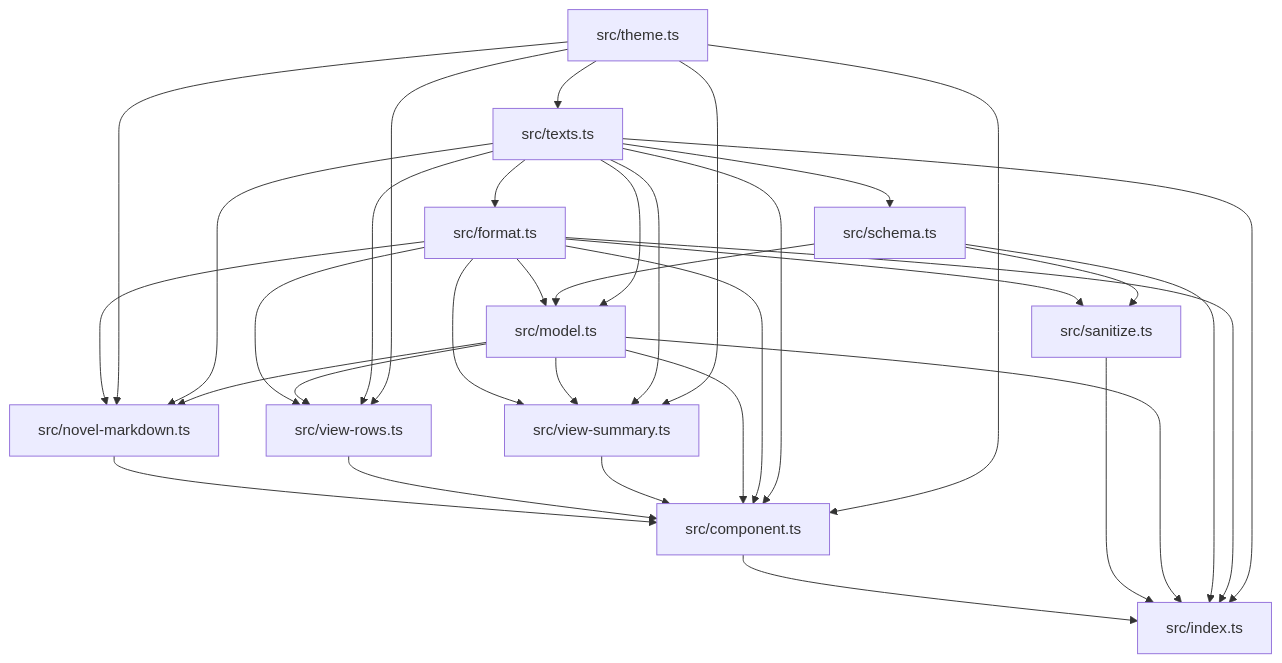
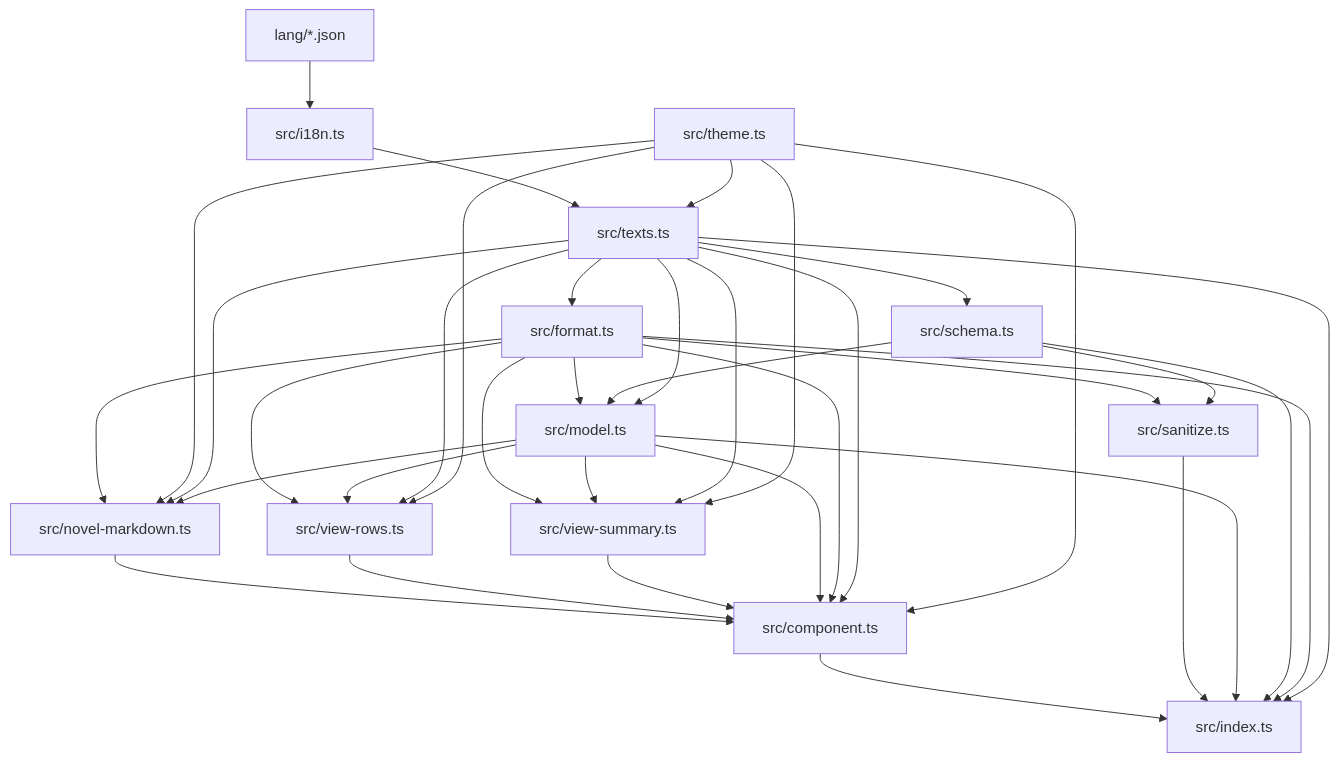
Before and after one commit to sendevia/pi-ask-author: the diagram in AGENTS.md, drawn with Mermaid. The commit also changed other lines of this file and 9 other files, not shown here.

````diff
--- a/AGENTS.md
+++ b/AGENTS.md
@@ -97,36 +99,38 @@
 ```mermaid
 graph TD
-    theme["src/theme.ts"] --> texts["src/texts.ts"]
+    lang["lang/*.json"] --> i18n["src/i18n.ts"]
+    i18n --> texts["src/texts.ts"]
+    theme["src/theme.ts"] --> texts
     texts --> format["src/format.ts"]
     texts --> schema["src/schema.ts"]
     format --> sanitize["src/sanitize.ts"]
     schema --> sanitize
     format --> model["src/model.ts"]
     schema --> model
     texts --> model
     format --> novelMarkdown["src/novel-markdown.ts"]
     theme --> novelMarkdown
     texts --> novelMarkdown
     model --> novelMarkdown
     format --> viewRows["src/view-rows.ts"]
     model --> viewRows
     texts --> viewRows
     theme --> viewRows
     format --> viewSummary["src/view-summary.ts"]
     model --> viewSummary
     texts --> viewSummary
     theme --> viewSummary
     novelMarkdown --> component["src/component.ts"]
     viewRows --> component
     viewSummary --> component
     model --> component
     format --> component
     texts --> component
     theme --> component
     component --> index["src/index.ts"]
     sanitize --> index
     model --> index
     schema --> index
     format --> index
     texts --> index
 ```
````
